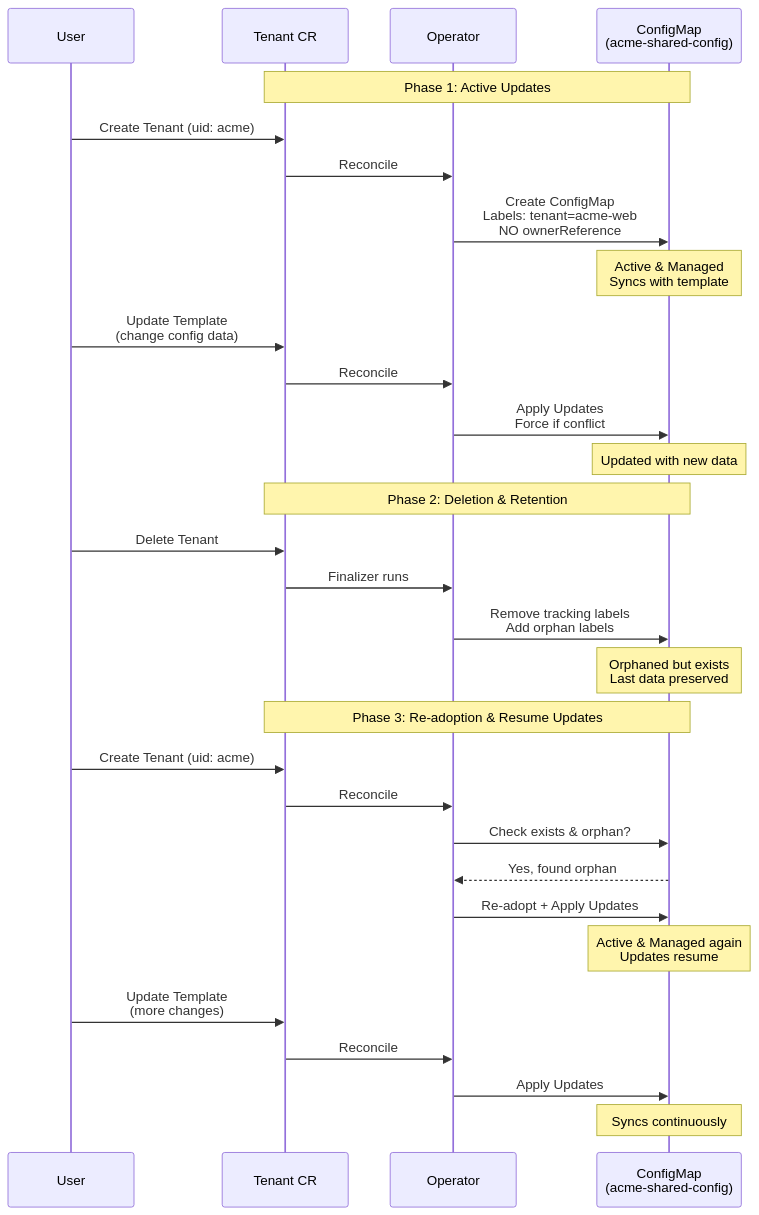
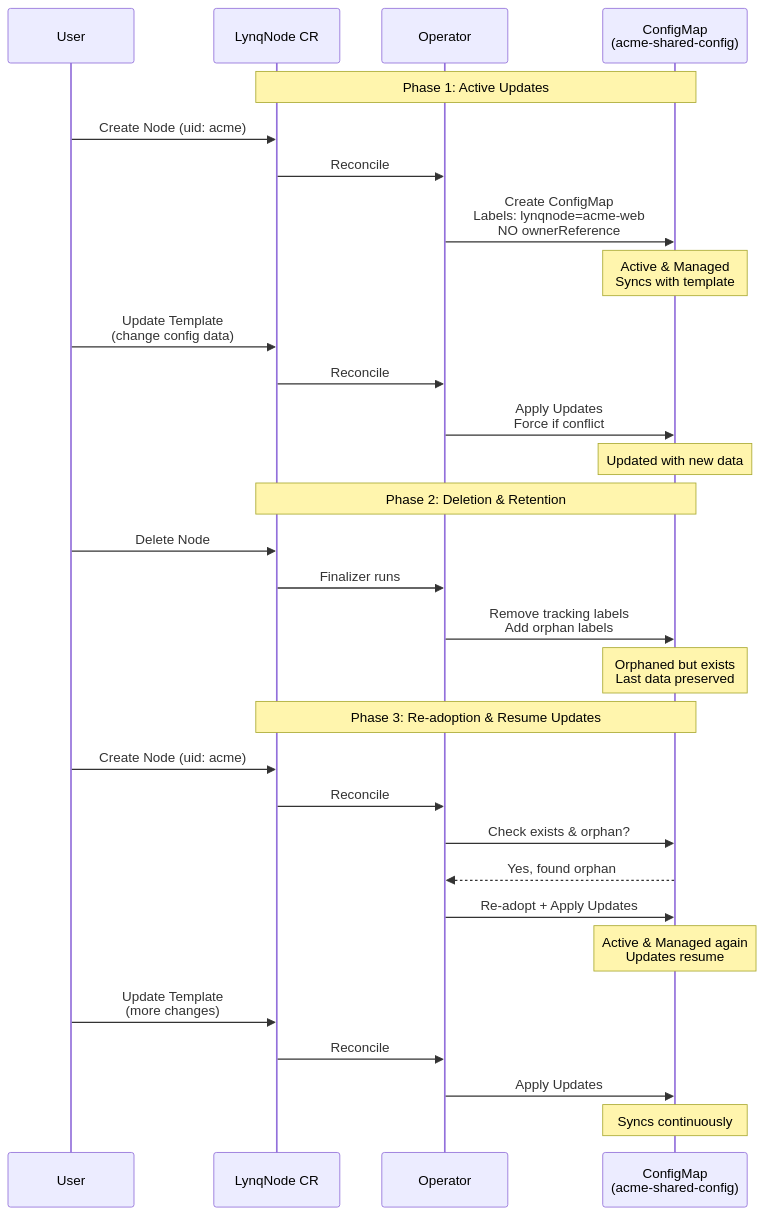
The sixth of 7 diagrams in docs/policies-examples.md (kubernetes-tenants/tenant-operator), drawn with Mermaid before and after one commit. The commit also changed other lines of this file and 203 other files, not shown here.

First line of the commit message:
refactor: Complete rename from tenant-operator to lynq

````diff
--- a/docs/policies-examples.md
+++ b/docs/policies-examples.md
@@ -448,37 +448,37 @@
 ```mermaid
 sequenceDiagram
     participant User
-    participant Tenant as Tenant CR
+    participant Node as LynqNode CR
     participant Operator
     participant ConfigMap as ConfigMap<br/>(acme-shared-config)
 
-    Note over Tenant,ConfigMap: Phase 1: Active Updates
-    User->>Tenant: Create Tenant (uid: acme)
-    Tenant->>Operator: Reconcile
-    Operator->>ConfigMap: Create ConfigMap<br/>Labels: tenant=acme-web<br/>NO ownerReference
+    Note over Node,ConfigMap: Phase 1: Active Updates
+    User->>Node: Create Node (uid: acme)
+    Node->>Operator: Reconcile
+    Operator->>ConfigMap: Create ConfigMap<br/>Labels: lynqnode=acme-web<br/>NO ownerReference
     Note over ConfigMap: Active & Managed<br/>Syncs with template
 
-    User->>Tenant: Update Template<br/>(change config data)
-    Tenant->>Operator: Reconcile
+    User->>Node: Update Template<br/>(change config data)
+    Node->>Operator: Reconcile
     Operator->>ConfigMap: Apply Updates<br/>Force if conflict
     Note over ConfigMap: Updated with new data
 
-    Note over Tenant,ConfigMap: Phase 2: Deletion & Retention
-    User->>Tenant: Delete Tenant
-    Tenant->>Operator: Finalizer runs
+    Note over Node,ConfigMap: Phase 2: Deletion & Retention
+    User->>Node: Delete Node
+    Node->>Operator: Finalizer runs
     Operator->>ConfigMap: Remove tracking labels<br/>Add orphan labels
     Note over ConfigMap: Orphaned but exists<br/>Last data preserved
 
-    Note over Tenant,ConfigMap: Phase 3: Re-adoption & Resume Updates
-    User->>Tenant: Create Tenant (uid: acme)
-    Tenant->>Operator: Reconcile
+    Note over Node,ConfigMap: Phase 3: Re-adoption & Resume Updates
+    User->>Node: Create Node (uid: acme)
+    Node->>Operator: Reconcile
     Operator->>ConfigMap: Check exists & orphan?
     ConfigMap-->>Operator: Yes, found orphan
     Operator->>ConfigMap: Re-adopt + Apply Updates
     Note over ConfigMap: Active & Managed again<br/>Updates resume
 
-    User->>Tenant: Update Template<br/>(more changes)
-    Tenant->>Operator: Reconcile
+    User->>Node: Update Template<br/>(more changes)
+    Node->>Operator: Reconcile
     Operator->>ConfigMap: Apply Updates
     Note over ConfigMap: Syncs continuously
 ```
````
